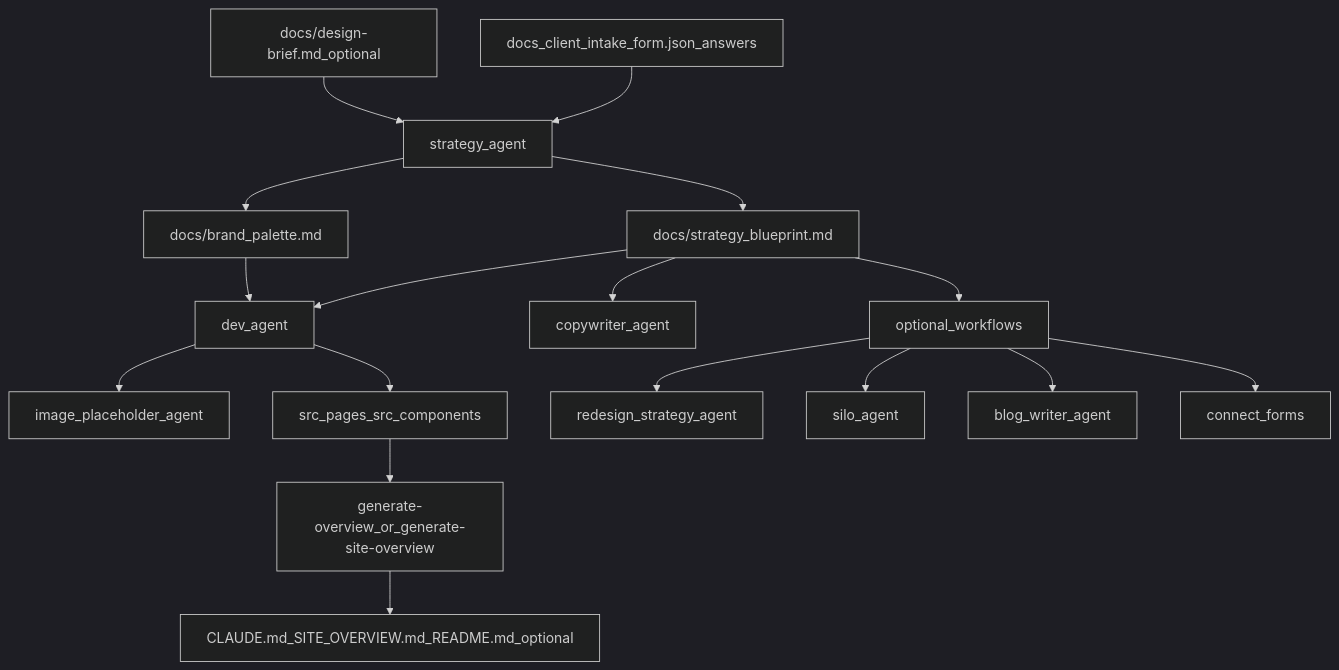
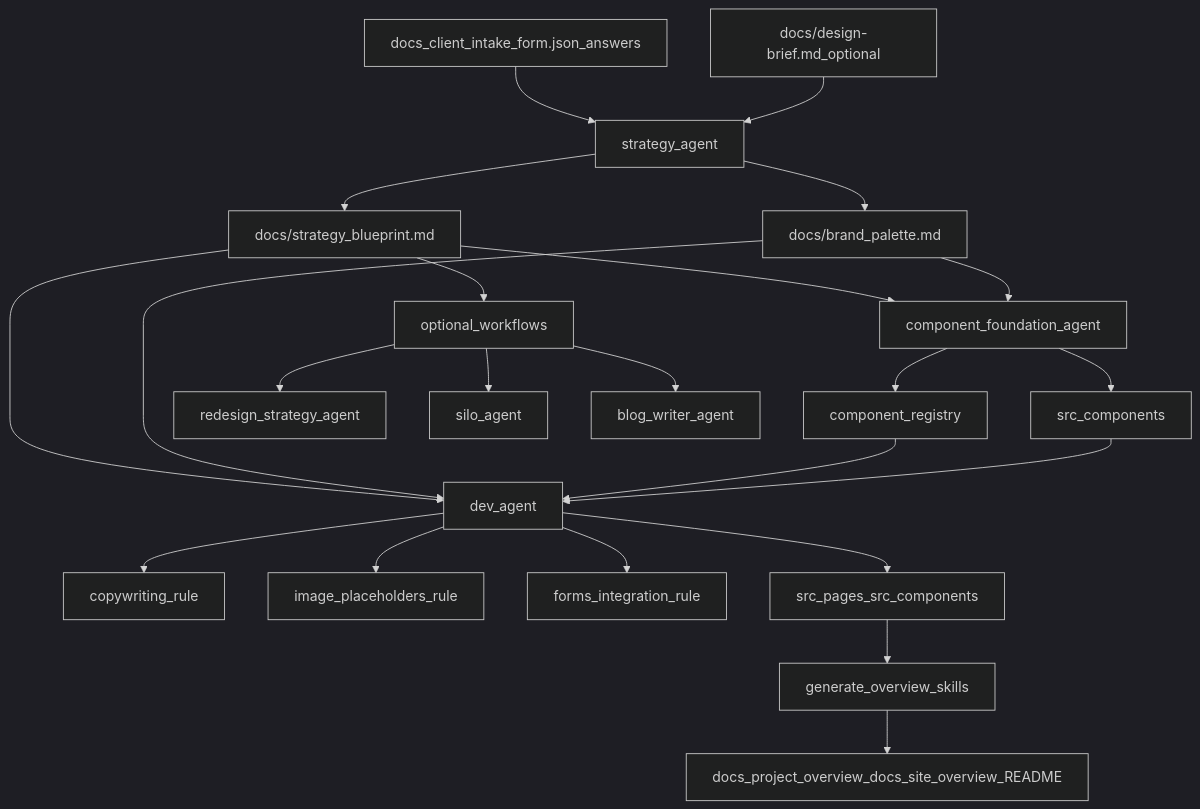
Before and after one commit to David-Melo/astro-base: the diagram in .claude/README.md, drawn with Mermaid (dark theme). The commit also changed other lines of this file and 35 other files, not shown here.

````diff
--- a/.claude/README.md
+++ b/.claude/README.md
@@ -35,19 +37,25 @@
 ```mermaid
 flowchart TD
   intake[docs_client_intake_form.json_answers] --> strategy[strategy_agent]
   designBrief[docs/design-brief.md_optional] --> strategy
   strategy --> blueprint[docs/strategy_blueprint.md]
   strategy --> palette[docs/brand_palette.md]
+  blueprint --> foundation[component_foundation_agent]
+  palette --> foundation
+  foundation --> registry[component_registry]
+  foundation --> componentLibrary[src_components]
   blueprint --> dev[dev_agent]
-  blueprint --> copy[copywriter_agent]
   palette --> dev
-  dev --> placeholders[image_placeholder_agent]
+  registry --> dev
+  componentLibrary --> dev
+  dev --> copyRule[copywriting_rule]
+  dev --> imageRule[image_placeholders_rule]
+  dev --> formsRule[forms_integration_rule]
   dev --> site[src_pages_src_components]
   blueprint --> optionalWorkflows[optional_workflows]
   optionalWorkflows --> redesign[redesign_strategy_agent]
   optionalWorkflows --> silo[silo_agent]
   optionalWorkflows --> blog[blog_writer_agent]
-  optionalWorkflows --> forms[connect_forms]
-  site --> docsGen[generate-overview_or_generate-site-overview]
-  docsGen --> generatedDocs[CLAUDE.md_SITE_OVERVIEW.md_README.md_optional]
+  site --> docsGen[generate_overview_skills]
+  docsGen --> generatedDocs[docs_project_overview_docs_site_overview_README]
 ```
````
